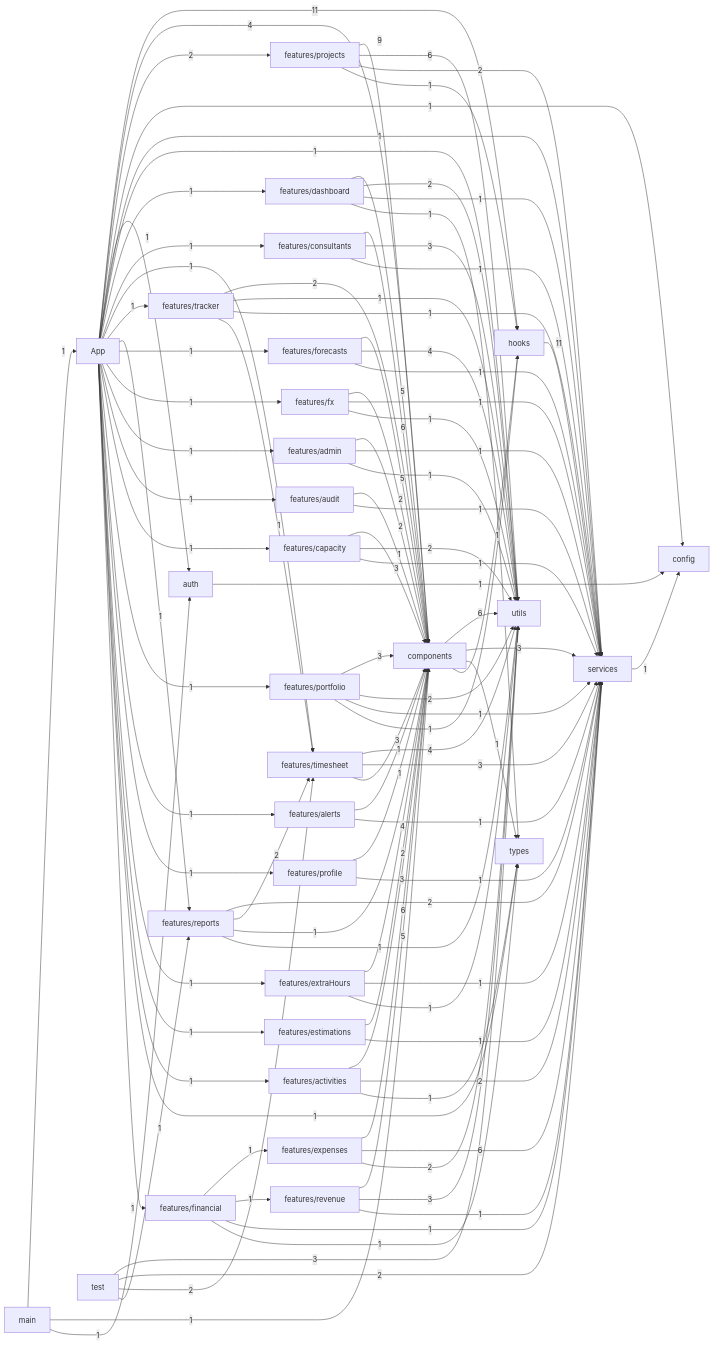
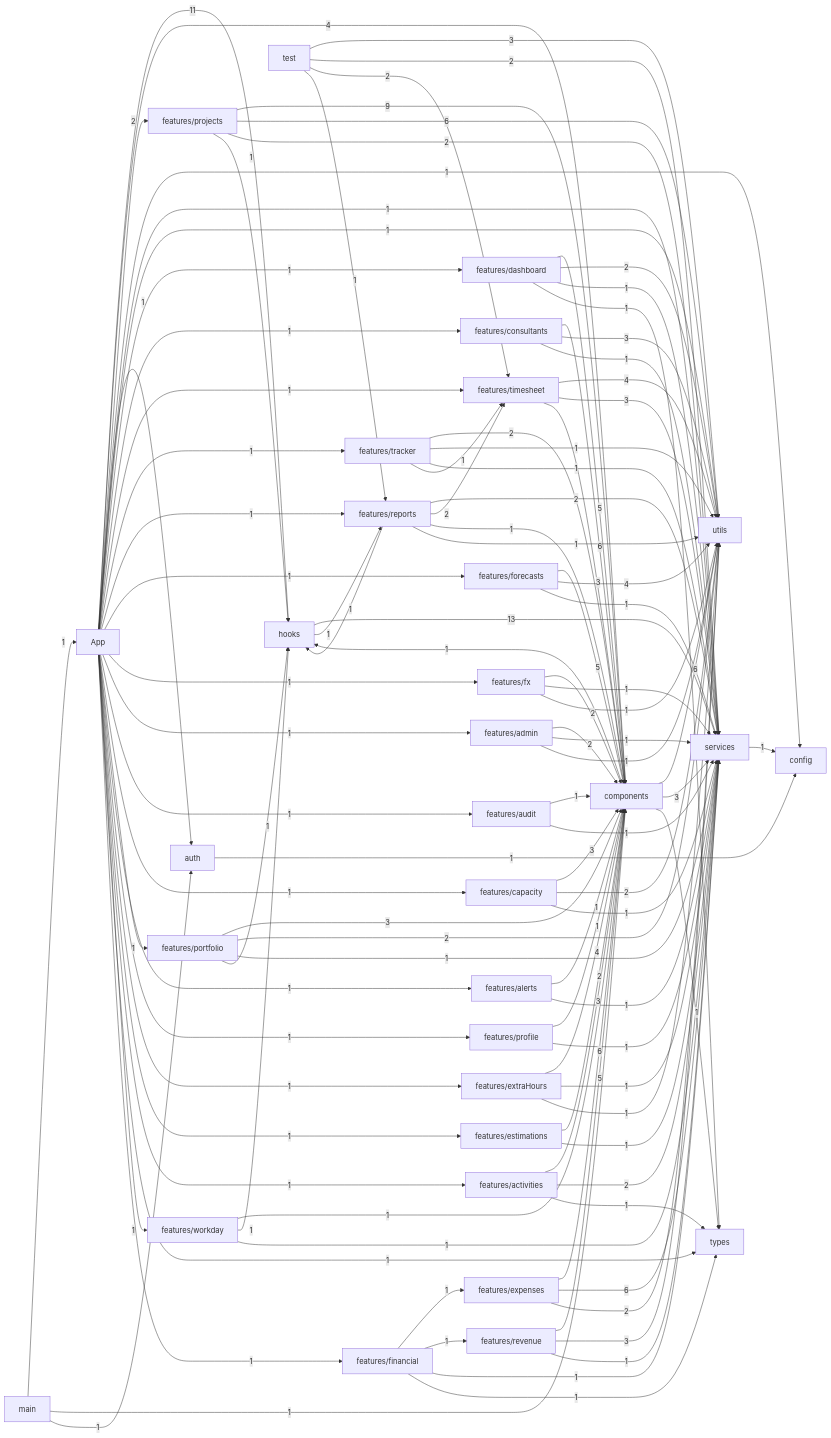
One commit to synaptica-sas/Synatrack changed the second of 2 diagrams in documentacion/MAPA_PROYECTO.md. Above: the diagram before and after it, drawn with Mermaid. The commit also changed other lines of this file and 34 other files, not shown here.

````diff
--- a/documentacion/MAPA_PROYECTO.md
+++ b/documentacion/MAPA_PROYECTO.md
@@ -312,31 +319,31 @@
 ```mermaid
 graph LR
-  n0["App"] -->|11| n1["hooks"]
-  n1["hooks"] -->|11| n2["services"]
+  n0["hooks"] -->|13| n1["services"]
+  n2["App"] -->|11| n0["hooks"]
   n3["features/projects"] -->|9| n4["components"]
   n4["components"] -->|6| n5["utils"]
   n6["features/consultants"] -->|6| n4["components"]
   n7["features/expenses"] -->|6| n4["components"]
-  n7["features/expenses"] -->|6| n2["services"]
+  n7["features/expenses"] -->|6| n1["services"]
   n3["features/projects"] -->|6| n5["utils"]
   n8["features/dashboard"] -->|5| n4["components"]
   n9["features/forecasts"] -->|5| n4["components"]
   n10["features/revenue"] -->|5| n4["components"]
-  n0["App"] -->|4| n4["components"]
+  n2["App"] -->|4| n4["components"]
   n11["features/extraHours"] -->|4| n4["components"]
   n9["features/forecasts"] -->|4| n5["utils"]
   n12["features/timesheet"] -->|4| n5["utils"]
-  n4["components"] -->|3| n2["services"]
+  n4["components"] -->|3| n1["services"]
   n13["features/activities"] -->|3| n4["components"]
   n14["features/capacity"] -->|3| n4["components"]
   n6["features/consultants"] -->|3| n5["utils"]
   n15["features/portfolio"] -->|3| n4["components"]
   n10["features/revenue"] -->|3| n5["utils"]
-  n12["features/timesheet"] -->|3| n2["services"]
+  n12["features/timesheet"] -->|3| n1["services"]
   n12["features/timesheet"] -->|3| n4["components"]
   n16["test"] -->|3| n5["utils"]
-  n0["App"] -->|2| n3["features/projects"]
-  n13["features/activities"] -->|2| n2["services"]
+  n2["App"] -->|2| n3["features/projects"]
+  n13["features/activities"] -->|2| n1["services"]
   n17["features/admin"] -->|2| n4["components"]
   n14["features/capacity"] -->|2| n5["utils"]
   n8["features/dashboard"] -->|2| n5["utils"]
@@ -344,72 +351,78 @@
   n7["features/expenses"] -->|2| n5["utils"]
   n19["features/fx"] -->|2| n4["components"]
   n15["features/portfolio"] -->|2| n5["utils"]
-  n3["features/projects"] -->|2| n2["services"]
-  n20["features/reports"] -->|2| n2["services"]
+  n3["features/projects"] -->|2| n1["services"]
+  n20["features/reports"] -->|2| n1["services"]
   n20["features/reports"] -->|2| n12["features/timesheet"]
   n21["features/tracker"] -->|2| n4["components"]
-  n16["test"] -->|2| n2["services"]
+  n16["test"] -->|2| n1["services"]
   n16["test"] -->|2| n12["features/timesheet"]
-  n0["App"] -->|1| n22["config"]
-  n0["App"] -->|1| n23["auth"]
-  n0["App"] -->|1| n2["services"]
-  n0["App"] -->|1| n5["utils"]
-  n0["App"] -->|1| n8["features/dashboard"]
-  n0["App"] -->|1| n6["features/consultants"]
-  n0["App"] -->|1| n12["features/timesheet"]
-  n0["App"] -->|1| n21["features/tracker"]
-  n0["App"] -->|1| n20["features/reports"]
-  n0["App"] -->|1| n9["features/forecasts"]
-  n0["App"] -->|1| n19["features/fx"]
-  n0["App"] -->|1| n17["features/admin"]
-  n0["App"] -->|1| n24["features/audit"]
-  n0["App"] -->|1| n14["features/capacity"]
-  n0["App"] -->|1| n15["features/portfolio"]
-  n0["App"] -->|1| n25["features/alerts"]
-  n0["App"] -->|1| n26["features/profile"]
-  n0["App"] -->|1| n11["features/extraHours"]
-  n0["App"] -->|1| n18["features/estimations"]
-  n0["App"] -->|1| n13["features/activities"]
-  n0["App"] -->|1| n27["types"]
-  n0["App"] -->|1| n28["features/financial"]
+  n2["App"] -->|1| n22["config"]
+  n2["App"] -->|1| n23["auth"]
+  n2["App"] -->|1| n1["services"]
+  n2["App"] -->|1| n5["utils"]
+  n2["App"] -->|1| n8["features/dashboard"]
+  n2["App"] -->|1| n6["features/consultants"]
+  n2["App"] -->|1| n12["features/timesheet"]
+  n2["App"] -->|1| n21["features/tracker"]
+  n2["App"] -->|1| n20["features/reports"]
+  n2["App"] -->|1| n9["features/forecasts"]
+  n2["App"] -->|1| n19["features/fx"]
+  n2["App"] -->|1| n17["features/admin"]
+  n2["App"] -->|1| n24["features/audit"]
+  n2["App"] -->|1| n14["features/capacity"]
+  n2["App"] -->|1| n15["features/portfolio"]
+  n2["App"] -->|1| n25["features/alerts"]
+  n2["App"] -->|1| n26["features/profile"]
+  n2["App"] -->|1| n11["features/extraHours"]
+  n2["App"] -->|1| n18["features/estimations"]
+  n2["App"] -->|1| n13["features/activities"]
+  n2["App"] -->|1| n27["features/workday"]
+  n2["App"] -->|1| n28["types"]
+  n2["App"] -->|1| n29["features/financial"]
   n23["auth"] -->|1| n22["config"]
-  n4["components"] -->|1| n27["types"]
-  n4["components"] -->|1| n1["hooks"]
-  n13["features/activities"] -->|1| n27["types"]
-  n17["features/admin"] -->|1| n2["services"]
+  n4["components"] -->|1| n28["types"]
+  n4["components"] -->|1| n0["hooks"]
+  n13["features/activities"] -->|1| n28["types"]
+  n17["features/admin"] -->|1| n1["services"]
   n17["features/admin"] -->|1| n5["utils"]
   n25["features/alerts"] -->|1| n4["components"]
-  n25["features/alerts"] -->|1| n2["services"]
+  n25["features/alerts"] -->|1| n1["services"]
   n24["features/audit"] -->|1| n4["components"]
-  n24["features/audit"] -->|1| n2["services"]
-  n14["features/capacity"] -->|1| n2["services"]
-  n6["features/consultants"] -->|1| n2["services"]
-  n8["features/dashboard"] -->|1| n2["services"]
-  n8["features/dashboard"] -->|1| n27["types"]
-  n18["features/estimations"] -->|1| n2["services"]
-  n11["features/extraHours"] -->|1| n2["services"]
+  n24["features/audit"] -->|1| n1["services"]
+  n14["features/capacity"] -->|1| n1["services"]
+  n6["features/consultants"] -->|1| n1["services"]
+  n8["features/dashboard"] -->|1| n1["services"]
+  n8["features/dashboard"] -->|1| n28["types"]
+  n18["features/estimations"] -->|1| n1["services"]
+  n11["features/extraHours"] -->|1| n1["services"]
   n11["features/extraHours"] -->|1| n5["utils"]
-  n28["features/financial"] -->|1| n7["features/expenses"]
-  n28["features/financial"] -->|1| n10["features/revenue"]
-  n28["features/financial"] -->|1| n2["services"]
-  n28["features/financial"] -->|1| n27["types"]
-  n9["features/forecasts"] -->|1| n2["services"]
-  n19["features/fx"] -->|1| n2["services"]
+  n29["features/financial"] -->|1| n7["features/expenses"]
+  n29["features/financial"] -->|1| n10["features/revenue"]
+  n29["features/financial"] -->|1| n1["services"]
+  n29["features/financial"] -->|1| n28["types"]
+  n9["features/forecasts"] -->|1| n1["services"]
+  n19["features/fx"] -->|1| n1["services"]
   n19["features/fx"] -->|1| n5["utils"]
-  n15["features/portfolio"] -->|1| n2["services"]
-  n15["features/portfolio"] -->|1| n1["hooks"]
+  n15["features/portfolio"] -->|1| n1["services"]
+  n15["features/portfolio"] -->|1| n0["hooks"]
   n26["features/profile"] -->|1| n4["components"]
-  n26["features/profile"] -->|1| n2["services"]
-  n3["features/projects"] -->|1| n1["hooks"]
+  n26["features/profile"] -->|1| n1["services"]
+  n3["features/projects"] -->|1| n0["hooks"]
   n20["features/reports"] -->|1| n4["components"]
   n20["features/reports"] -->|1| n5["utils"]
-  n10["features/revenue"] -->|1| n2["services"]
+  n20["features/reports"] -->|1| n0["hooks"]
+  n10["features/revenue"] -->|1| n1["services"]
   n21["features/tracker"] -->|1| n5["utils"]
-  n21["features/tracker"] -->|1| n2["services"]
+  n21["features/tracker"] -->|1| n1["services"]
   n21["features/tracker"] -->|1| n12["features/timesheet"]
-  n29["main"] -->|1| n0["App"]
-  n29["main"] -->|1| n4["components"]
-  n29["main"] -->|1| n23["auth"]
-  n2["services"] -->|1| n22["config"]
+  n27["features/workday"] -->|1| n4["components"]
+  n27["features/workday"] -->|1| n0["hooks"]
+  n27["features/workday"] -->|1| n1["services"]
+  n0["hooks"] -->|1| n20["features/reports"]
+  n30["main"] -->|1| n2["App"]
+  n30["main"] -->|1| n4["components"]
+  n30["main"] -->|1| n23["auth"]
+  n1["services"] -->|1| n22["config"]
   n16["test"] -->|1| n20["features/reports"]
 ```
````
